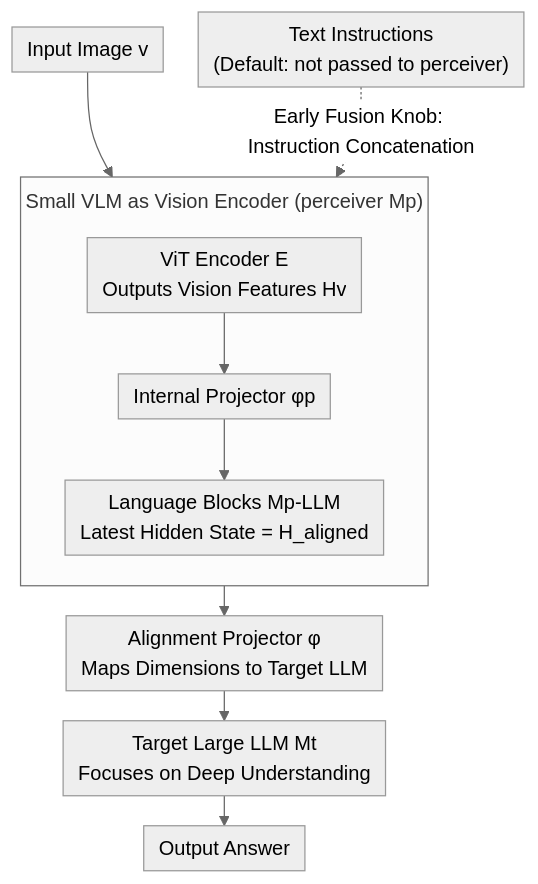
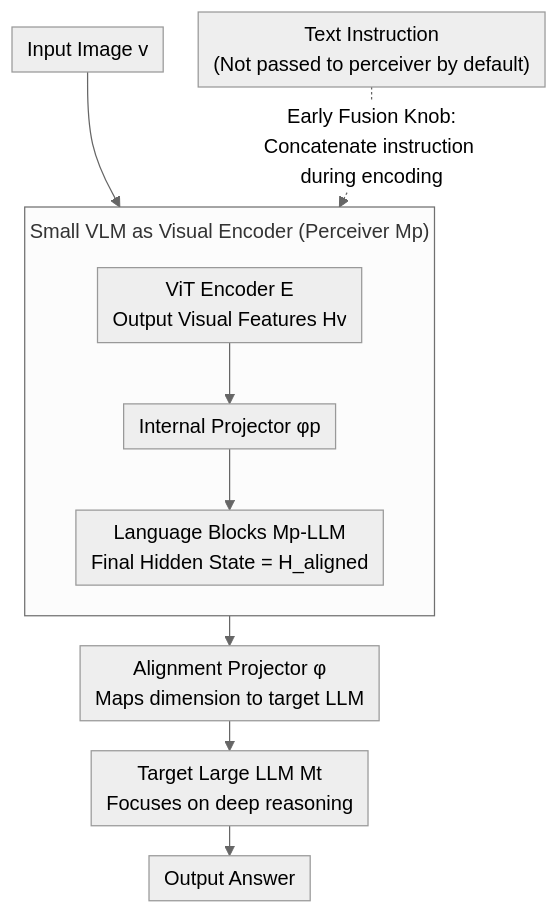
One commit to zhaoyang97/Paper-Notes-en changed the diagram in docs/ICML2026/multimodal_vlm/deep_pre-alignment_for_vlms.md. Above: the diagram before and after it, drawn with Mermaid (neutral theme). The commit also changed other lines of this file and 5084 other files, not shown here.

````diff
--- a/docs/ICML2026/multimodal_vlm/deep_pre-alignment_for_vlms.md
+++ b/docs/ICML2026/multimodal_vlm/deep_pre-alignment_for_vlms.md
@@ -42,18 +42,18 @@
 ```mermaid
 %%{init: {'flowchart': {'rankSpacing': 24, 'nodeSpacing': 28, 'padding': 6, 'wrappingWidth': 400, 'subGraphTitleMargin': {'top': 8, 'bottom': 16}}}}%%
 flowchart TD
     V["Input Image v"]
-    INS["Text Instructions <br/>(Default: not passed to perceiver)"]
-    subgraph PER["Small VLM as Vision Encoder (perceiver Mp)"]
+    INS["Text Instruction<br/>(Not passed to perceiver by default)"]
+    subgraph PER["Small VLM as Visual Encoder (Perceiver Mp)"]
         direction TB
-        E["ViT Encoder E<br/>Outputs Vision Features Hv"]
+        E["ViT Encoder E<br/>Output Visual Features Hv"]
         PP["Internal Projector φp"]
-        LB["Language Blocks Mp-LLM<br/>Latest Hidden State = H_aligned"]
+        LB["Language Blocks Mp-LLM<br/>Final Hidden State = H_aligned"]
         E --> PP --> LB
     end
     V --> E
-    INS -.->|"Early Fusion Knob: Instruction Concatenation"| E
-    LB --> PHI["Alignment Projector φ<br/>Maps Dimensions to Target LLM"]
-    PHI --> MT["Target Large LLM Mt<br/>Focuses on Deep Understanding"]
+    INS -.->|"Early Fusion Knob:<br/>Concatenate instruction during encoding"| E
+    LB --> PHI["Alignment Projector φ<br/>Maps dimension to target LLM"]
+    PHI --> MT["Target Large LLM Mt<br/>Focuses on deep reasoning"]
     MT --> OUT["Output Answer"]
 ```
````
